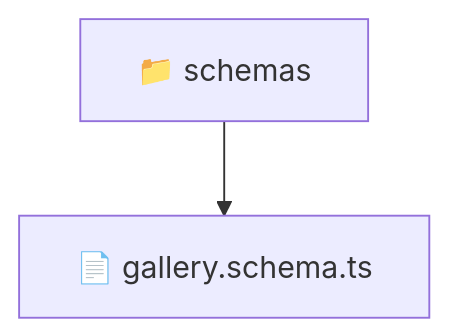
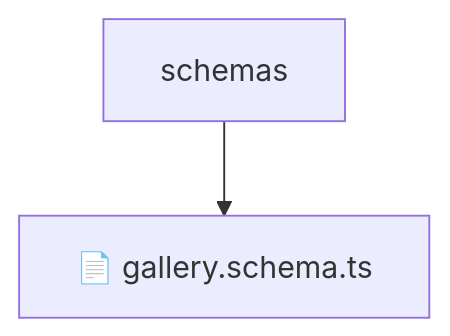
Before and after one commit to beginwebdev2002/fullstack-mavluda: the diagram in backend/src/modules/gallery/infrastructure/schemas/README.md, drawn with Mermaid. The commit also changed other lines of this file and 155 other files, not shown here.

````diff
--- a/backend/src/modules/gallery/infrastructure/schemas/README.md
+++ b/backend/src/modules/gallery/infrastructure/schemas/README.md
@@ -10,5 +14,5 @@
 ```mermaid
 graph TD
-  Root["📁 schemas"]
-  Root --> galleryschemats["📄 gallery.schema.ts"]
+    Root[schemas]
+    Root --> F0[📄 gallery.schema.ts]
 ```
````
